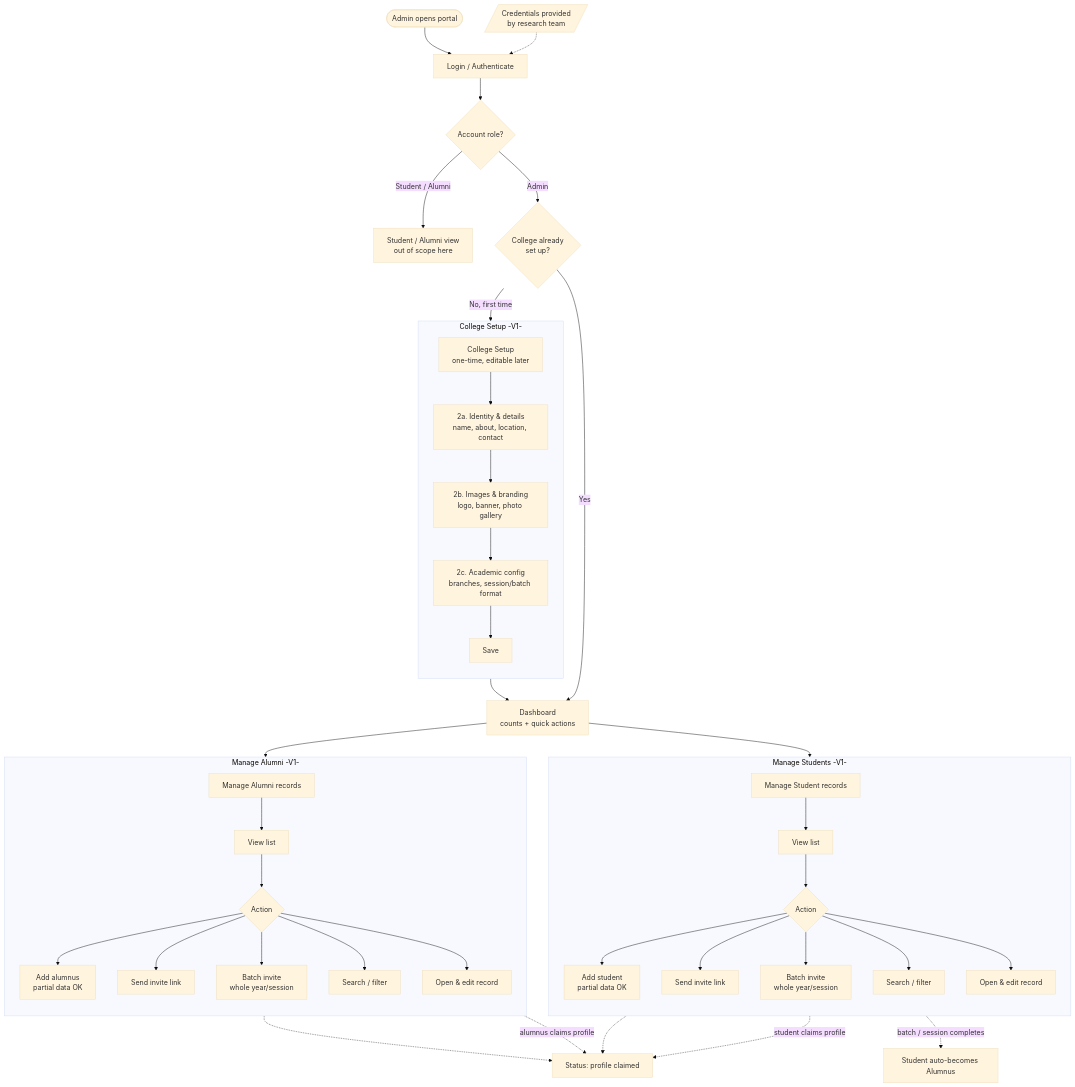
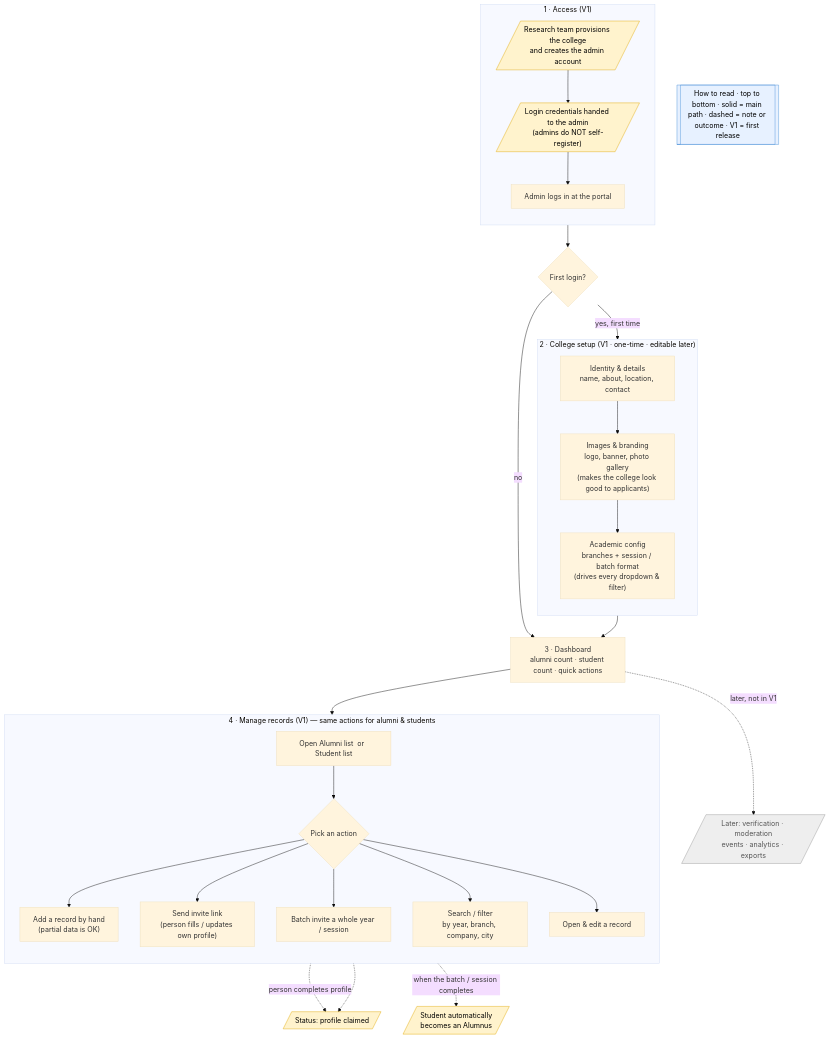
The diagram in docs/admin-portal-flow.md (ColoredCow/alumni-connect), drawn with Mermaid (base theme) before and after one commit. The commit also changed other lines of this file, not shown here.

Commit message:
Simplify and make the admin flowchart self-explanatory
Drop the role-routing and tenant-existence branches (research team
provisions the college, so it always exists at login). Redesign the
flowchart with numbered phases, a legend, and rules baked into nodes
so it reads on its own. Rewrite the Login section to match.

````diff
--- a/docs/admin-portal-flow.md
+++ b/docs/admin-portal-flow.md
@@ -30,52 +32,50 @@
 ```mermaid
 flowchart TD
-    Creds[/Credentials provided<br/>by research team/] -.-> Login
-    Start([Admin opens portal]) --> Login[Login / Authenticate]
-    Login --> RoleCheck{Account role?}
-    RoleCheck -->|Student / Alumni| UserView[Student / Alumni view<br/>out of scope here]
-    RoleCheck -->|Admin| FirstTime{College already<br/>set up?}
+    legend[["How to read · top to bottom · solid = main path · dashed = note or outcome · V1 = first release"]]
 
-    FirstTime -->|No, first time| Setup[College Setup<br/>one-time, editable later]
-    FirstTime -->|Yes| Dashboard
-
-    subgraph SETUP [College Setup -V1-]
+    subgraph ACCESS ["1 · Access (V1)"]
         direction TB
-        Setup --> Identity[2a. Identity & details<br/>name, about, location, contact]
-        Identity --> Images[2b. Images & branding<br/>logo, banner, photo gallery]
-        Images --> Academic[2c. Academic config<br/>branches, session/batch format]
-        Academic --> SaveSetup[Save]
+        Prov[/"Research team provisions the college<br/>and creates the admin account"/]
+        Prov --> Hand[/"Login credentials handed to the admin<br/>(admins do NOT self-register)"/]
+        Hand --> Login["Admin logs in at the portal"]
     end
 
-    SaveSetup --> Dashboard[Dashboard<br/>counts + quick actions]
+    Login --> SetupCheck{"First login?"}
 
-    Dashboard --> ManageAlumni[Manage Alumni records]
-    Dashboard --> ManageStudents[Manage Student records]
-
-    subgraph ALUMNI [Manage Alumni -V1-]
+    subgraph SETUP ["2 · College setup (V1 · one-time · editable later)"]
         direction TB
-        ManageAlumni --> AList[View list]
-        AList --> AActions{Action}
-        AActions --> AAdd[Add alumnus<br/>partial data OK]
-        AActions --> AInvite[Send invite link]
-        AActions --> ABatch[Batch invite<br/>whole year/session]
-        AActions --> ASearch[Search / filter]
-        AActions --> AEdit[Open & edit record]
+        Identity["Identity & details<br/>name, about, location, contact"]
+        Identity --> Images["Images & branding<br/>logo, banner, photo gallery<br/>(makes the college look good to applicants)"]
+        Images --> Academic["Academic config<br/>branches + session / batch format<br/>(drives every dropdown & filter)"]
     end
 
-    subgraph STUDENTS [Manage Students -V1-]
+    SetupCheck -->|"yes, first time"| Identity
+    SetupCheck -->|"no"| Dashboard
+    Academic --> Dashboard
+
+    Dashboard["3 · Dashboard<br/>alumni count · student count · quick actions"]
+    Dashboard --> Manage
+
+    subgraph MANAGE ["4 · Manage records (V1) — same actions for alumni & students"]
         direction TB
-        ManageStudents --> SList[View list]
-        SList --> SActions{Action}
-        SActions --> SAdd[Add student<br/>partial data OK]
-        SActions --> SInvite[Send invite link]
-        SActions --> SBatch[Batch invite<br/>whole year/session]
-        SActions --> SSearch[Search / filter]
-        SActions --> SEdit[Open & edit record]
+        Manage["Open Alumni list  or  Student list"]
+        Manage --> Actions{"Pick an action"}
+        Actions --> Add["Add a record by hand<br/>(partial data is OK)"]
+        Actions --> Invite["Send invite link<br/>(person fills / updates own profile)"]
+        Actions --> Batch["Batch invite a whole year / session"]
+        Actions --> Search["Search / filter<br/>by year, branch, company, city"]
+        Actions --> Edit["Open & edit a record"]
     end
 
-    AInvite -.->|alumnus claims profile| Claimed[Status: profile claimed]
-    SInvite -.->|student claims profile| Claimed
-    ABatch -.-> Claimed
-    SBatch -.-> Claimed
-    SList -.->|batch / session completes| Transition[Student auto-becomes Alumnus]
+    Invite -.->|"person completes profile"| Claimed[/"Status: profile claimed"/]
+    Batch -.-> Claimed
+    Edit -.->|"when the batch / session completes"| Auto[/"Student automatically<br/>becomes an Alumnus"/]
+    Dashboard -.->|"later, not in V1"| Later[/"Later: verification · moderation<br/>events · analytics · exports"/]
+
+    classDef note fill:#fff3cd,stroke:#e0a800,color:#000;
+    classDef later fill:#eeeeee,stroke:#999999,color:#555555;
+    classDef legendbox fill:#e7f1ff,stroke:#4a90d9,color:#000;
+    class Prov,Hand,Claimed,Auto note;
+    class Later later;
+    class legend legendbox;
 ```
````
